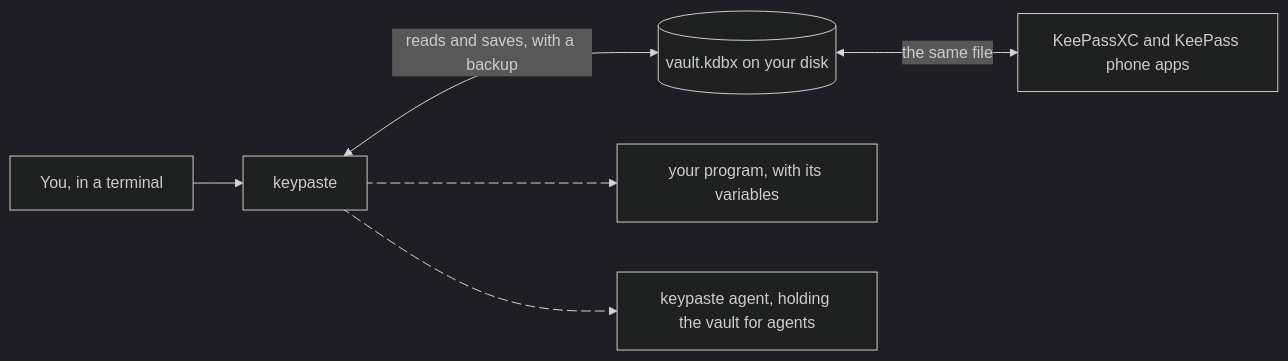
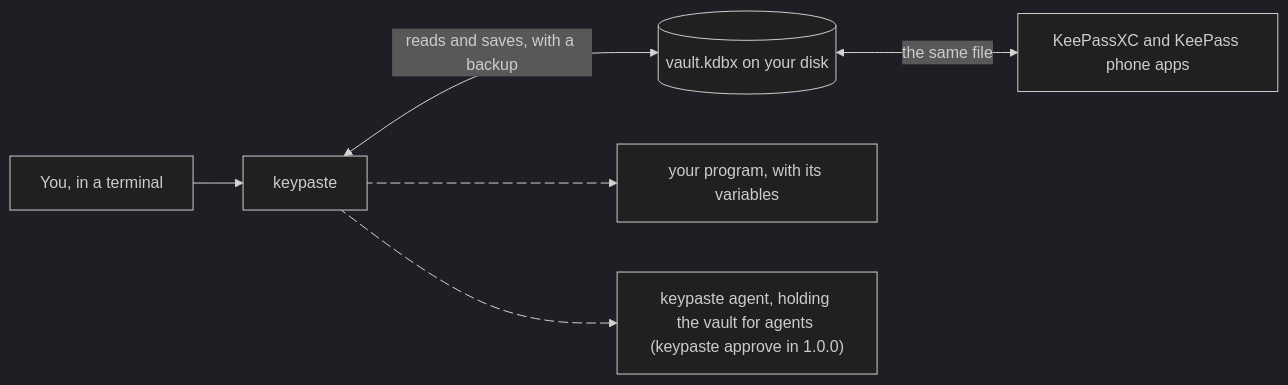
The diagram in site/web/src/content/docs/products/cli.mdx (notinferred/keypaste), drawn with Mermaid (dark theme) before and after one commit. The commit also changed other lines of this file and 39 other files, not shown here.

````diff
--- a/site/web/src/content/docs/products/cli.mdx
+++ b/site/web/src/content/docs/products/cli.mdx
@@ -14,10 +16,10 @@
 ```mermaid
 flowchart LR
   you["You, in a terminal"] --> cli["keypaste"]
   cli <-->|reads and saves, with a backup| vault[("vault.kdbx on your disk")]
   cli e1@--> child["your program, with its variables"]
-  cli e2@--> owner["keypaste agent, holding the vault for agents"]
+  cli e2@--> owner["keypaste agent, holding the vault for agents (keypaste approve in 1.0.0)"]
   vault <-->|the same file| kpxc["KeePassXC and KeePass phone apps"]
   e1@{ animate: true }
   e2@{ animate: true }
 ```
````
